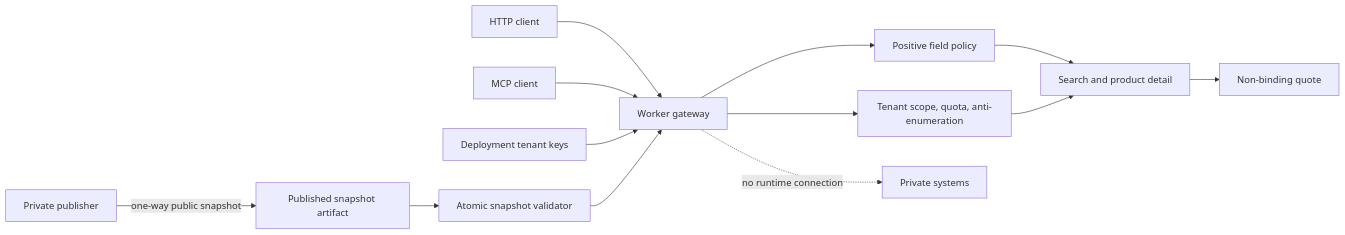
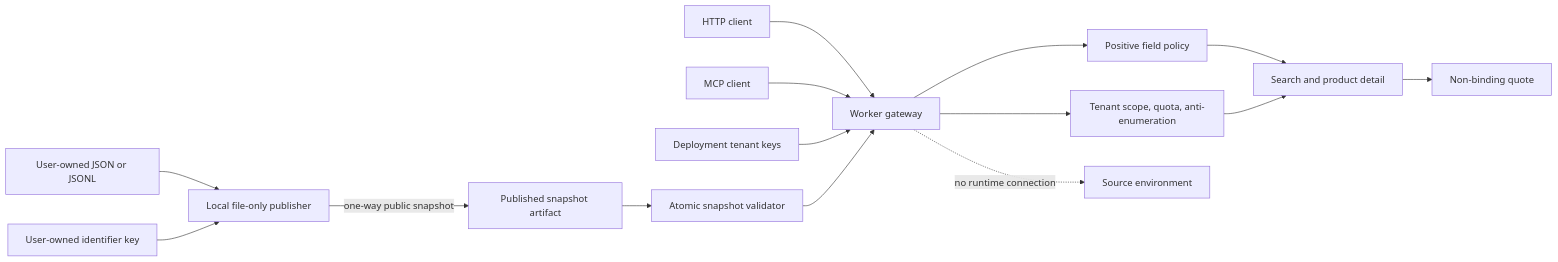
The diagram in docs/ARCHITECTURE.md (SuntekCorps-xLab/send-from-china-agent-core), drawn with Mermaid before and after one commit. The commit also changed other lines of this file and 21 other files, not shown here.

Commit message:
feat: add file-only catalog publisher

````diff
--- a/docs/ARCHITECTURE.md
+++ b/docs/ARCHITECTURE.md
@@ -10,15 +10,17 @@
 ```mermaid
 flowchart LR
-    Publisher[Private publisher] -->|one-way public snapshot| Artifact[Published snapshot artifact]
+    Input[User-owned JSON or JSONL] --> Publisher[Local file-only publisher]
+    IdKey[User-owned identifier key] --> Publisher
+    Publisher -->|one-way public snapshot| Artifact[Published snapshot artifact]
     Artifact --> Validator[Atomic snapshot validator]
     Human[HTTP client] --> Gateway[Worker gateway]
     Agent[MCP client] --> Gateway
     KeyStore[Deployment tenant keys] --> Gateway
     Validator --> Gateway
     Gateway --> Policy[Positive field policy]
     Gateway --> Guard[Tenant scope, quota, anti-enumeration]
     Policy --> Catalog[Search and product detail]
     Guard --> Catalog
     Catalog --> Quote[Non-binding quote]
-    Gateway -. no runtime connection .-> PrivateSystems[Private systems]
+    Gateway -. no runtime connection .-> SourceEnvironment[Source environment]
 ```
````
